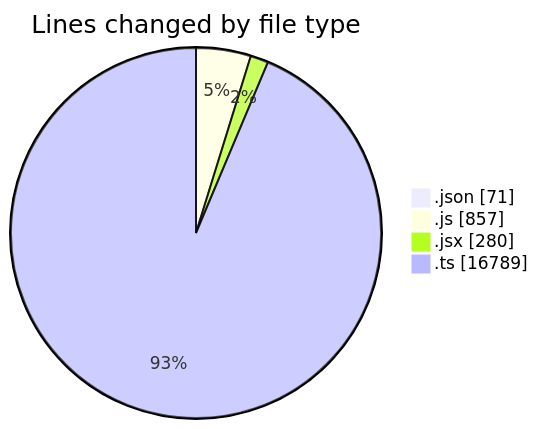
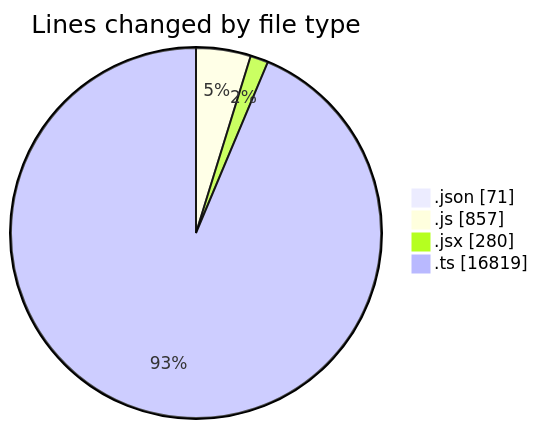
Before and after one commit to momahboobian/code-tracking: the first of 2 diagrams in 2025-05-13/cda/README.md, drawn with Mermaid. The commit also changed other lines of this file and 1 other file, not shown here.

````diff
--- a/2025-05-13/cda/README.md
+++ b/2025-05-13/cda/README.md
@@ -31,8 +31,8 @@
 ```mermaid
 pie showData
 title Lines changed by file type
 ".json" : 71
 ".js" : 857
 ".jsx" : 280
-".ts" : 16789
+".ts" : 16819
 ```
````
